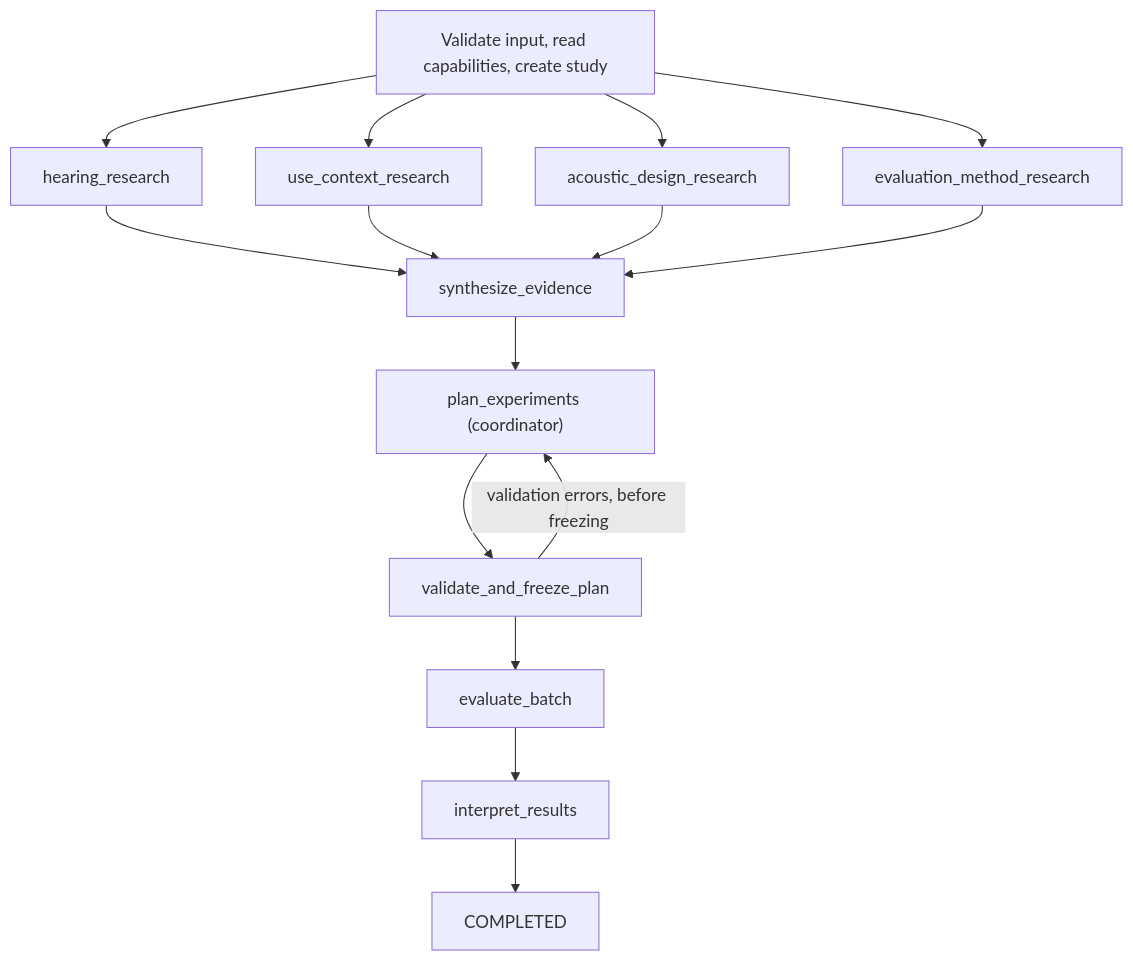
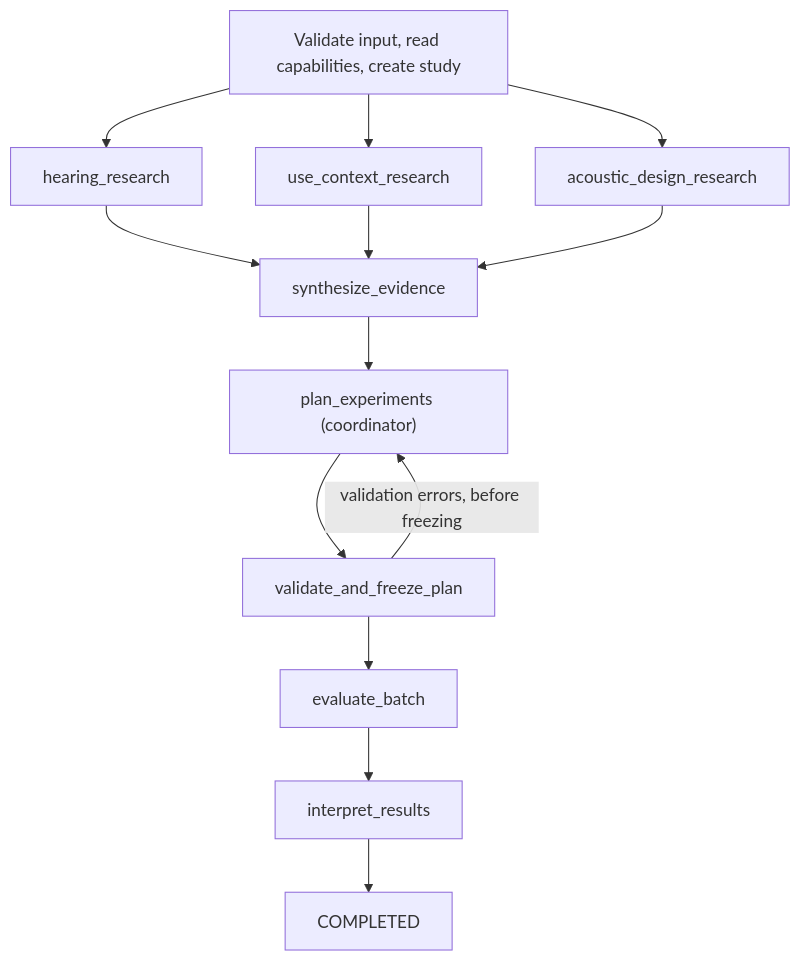
One commit to MarcDasilva/HackPrincetonFall2026 changed the diagram in agents/README.md. Above: the diagram before and after it, drawn with Mermaid. The commit also changed other lines of this file and 8 other files, not shown here.

First line of the commit message:
refactor(agents): remove the evaluation-method investigator

````diff
--- a/agents/README.md
+++ b/agents/README.md
@@ -35,18 +35,16 @@
 ```mermaid
 flowchart TD
     I["Validate input, read capabilities, create study"]
     I --> H["hearing_research"]
     I --> U["use_context_research"]
     I --> A["acoustic_design_research"]
-    I --> M["evaluation_method_research"]
     H --> S["synthesize_evidence"]
     U --> S
     A --> S
-    M --> S
     S --> P["plan_experiments (coordinator)"]
     P --> V["validate_and_freeze_plan"]
     V -- "validation errors, before freezing" --> P
     V --> E["evaluate_batch"]
     E --> R["interpret_results"]
     R --> D["COMPLETED"]
 ```
````
